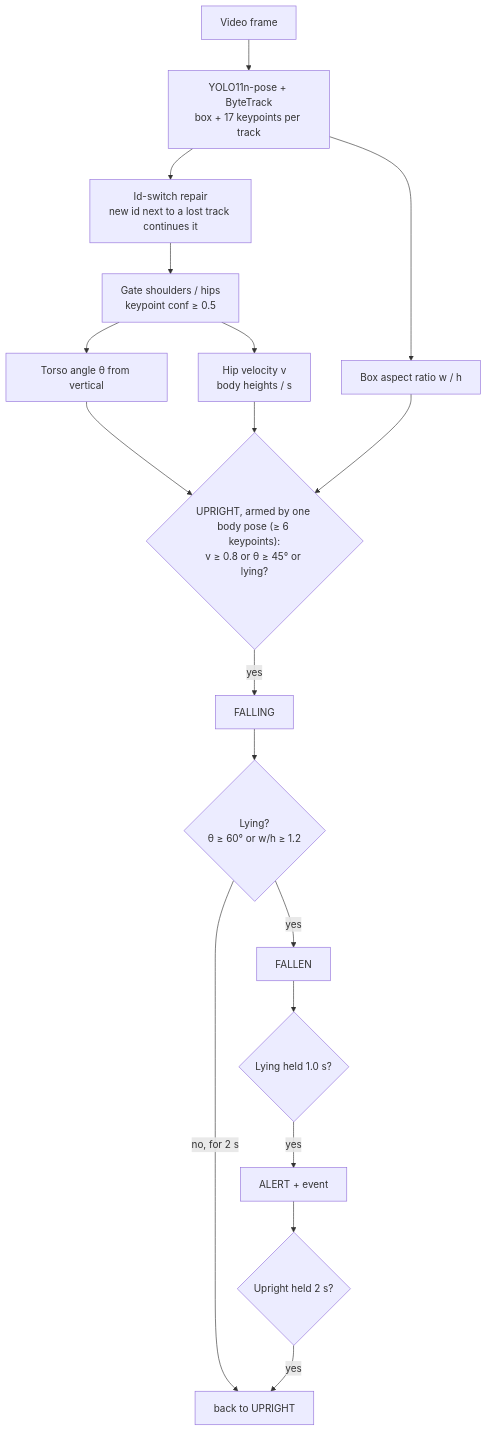
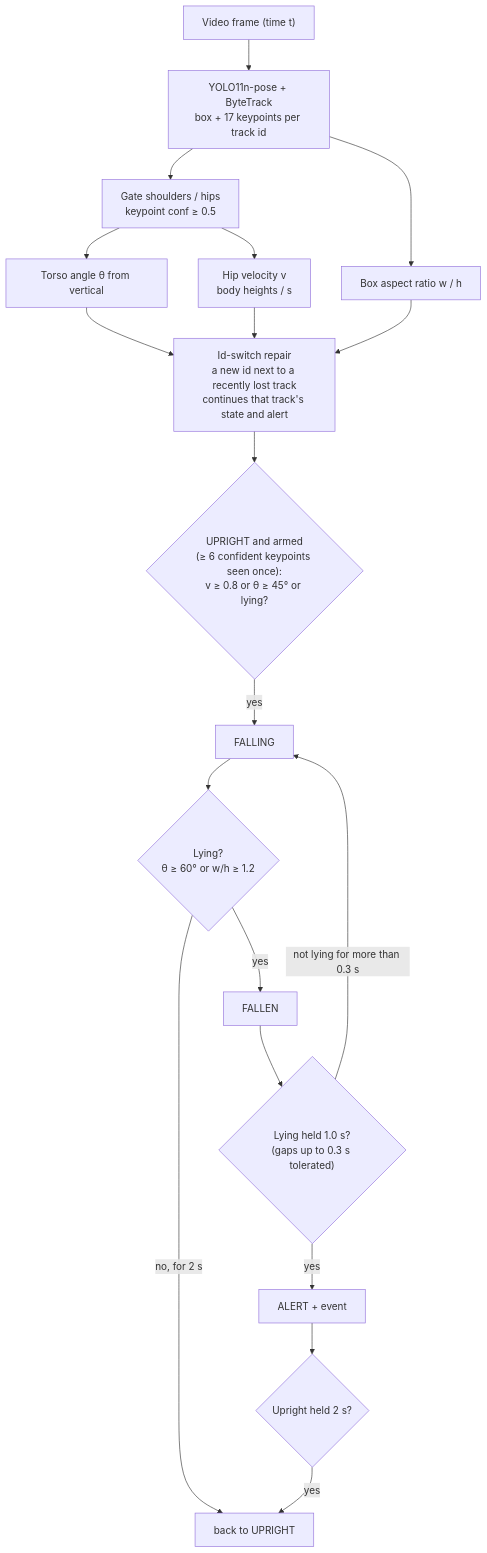
Before and after one commit to karemdm/fall-detection-alert: the diagram in README.md, drawn with Mermaid. The commit also changed other lines of this file and 1 other file, not shown here.

Commit message:
docs: clearer diagrams (armed gate, FALLEN to FALLING, dropped tracks), exit codes, timing and edge-case notes

````diff
--- a/README.md
+++ b/README.md
@@ -32,20 +32,21 @@
 ```mermaid
 flowchart TD
-    A["Video frame"] --> B["YOLO11n-pose + ByteTrack<br/>box + 17 keypoints per track"]
-    B --> S["Id-switch repair<br/>new id next to a lost track continues it"]
-    S --> C["Gate shoulders / hips<br/>keypoint conf ≥ 0.5"]
+    A["Video frame (time t)"] --> B["YOLO11n-pose + ByteTrack<br/>box + 17 keypoints per track id"]
+    B --> C["Gate shoulders / hips<br/>keypoint conf ≥ 0.5"]
+    B --> F["Box aspect ratio w / h"]
     C --> D["Torso angle θ from vertical"]
     C --> E["Hip velocity v<br/>body heights / s"]
-    B --> F["Box aspect ratio w / h"]
-    D --> G{"UPRIGHT, armed by one body pose (≥ 6 keypoints):<br/>v ≥ 0.8 or θ ≥ 45° or lying?"}
-    E --> G
-    F --> G
+    D --> S["Id-switch repair<br/>a new id next to a recently lost track<br/>continues that track's state and alert"]
+    E --> S
+    F --> S
+    S --> G{"UPRIGHT and armed<br/>(≥ 6 confident keypoints seen once):<br/>v ≥ 0.8 or θ ≥ 45° or lying?"}
     G -- yes --> H["FALLING"]
     H --> I{"Lying?<br/>θ ≥ 60° or w/h ≥ 1.2"}
     I -- "no, for 2 s" --> U["back to UPRIGHT"]
     I -- yes --> J["FALLEN"]
-    J --> K{"Lying held 1.0 s?"}
+    J --> K{"Lying held 1.0 s?<br/>(gaps up to 0.3 s tolerated)"}
+    K -- "not lying for more than 0.3 s" --> H
     K -- yes --> L["ALERT + event"]
     L --> M{"Upright held 2 s?"}
     M -- yes --> U
 ```
````
